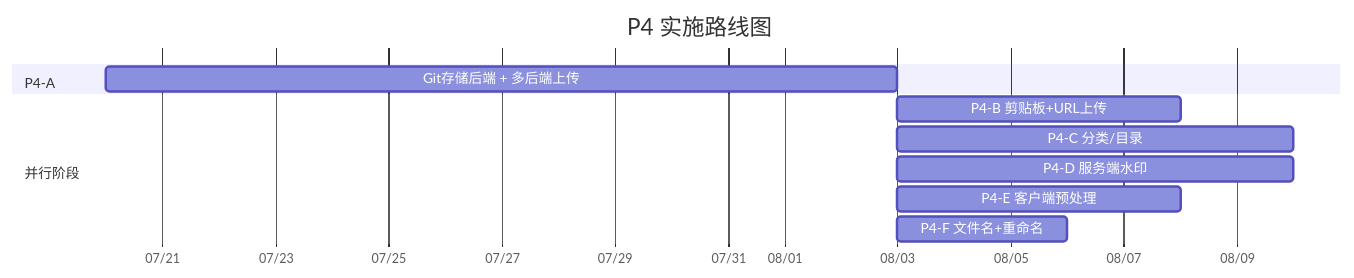
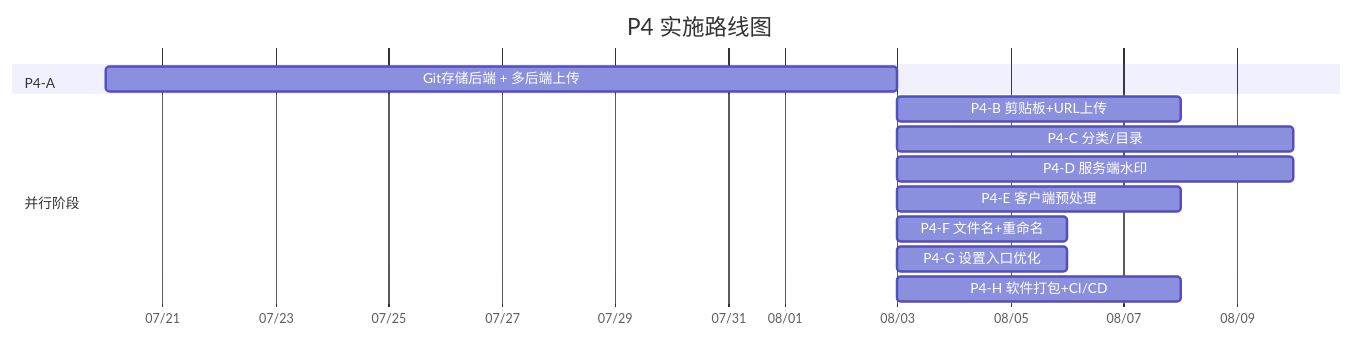
One commit to JeillZhang/pichost changed the first of 12 diagrams in docs/superpowers/specs/2026-07-19-pichost-p4-design.md. Above: the diagram before and after it, drawn with Mermaid. The commit also changed other lines of this file, not shown here.

````diff
--- a/docs/superpowers/specs/2026-07-19-pichost-p4-design.md
+++ b/docs/superpowers/specs/2026-07-19-pichost-p4-design.md
@@ -37,14 +41,16 @@
 ```mermaid
 gantt
     title P4 实施路线图
     dateFormat  YYYY-MM-DD
     axisFormat  %m/%d
     section P4-A
     Git存储后端 + 多后端上传    :a1, 2026-07-20, 14d
     section 并行阶段
     P4-B 剪贴板+URL上传        :b1, after a1, 5d
     P4-C 分类/目录             :c1, after a1, 7d
     P4-D 服务端水印            :d1, after a1, 7d
     P4-E 客户端预处理          :e1, after a1, 5d
     P4-F 文件名+重命名         :f1, after a1, 3d
+    P4-G 设置入口优化          :g1, after a1, 3d
+    P4-H 软件打包+CI/CD        :h1, after a1, 5d
 ```
````
